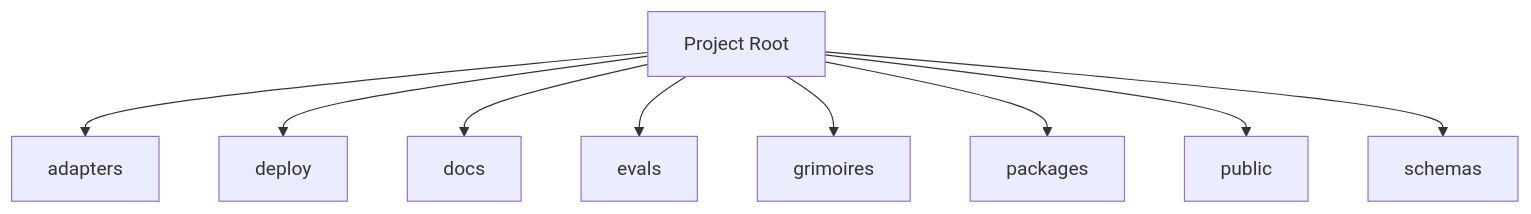
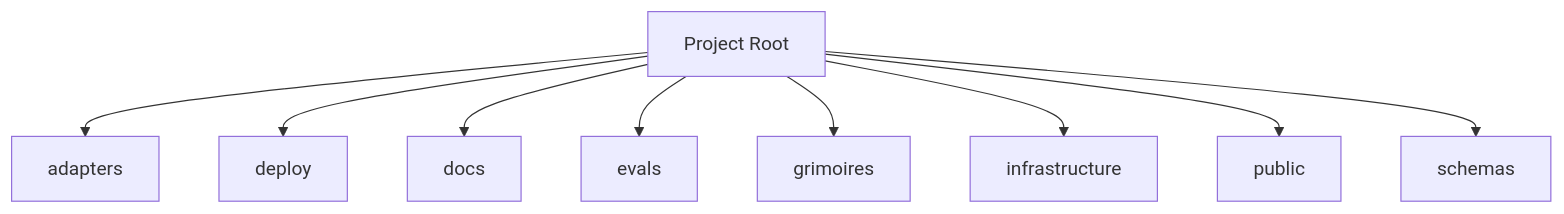
One commit to 0xHoneyJar/loa-finn changed the diagram in BUTTERFREEZONE.md. Above: the diagram before and after it, drawn with Mermaid. The commit also changed other lines of this file and 7 other files, not shown here.

````diff
--- a/BUTTERFREEZONE.md
+++ b/BUTTERFREEZONE.md
@@ -54,20 +54,20 @@
 ```mermaid
 graph TD
     adapters[adapters]
     deploy[deploy]
     docs[docs]
     evals[evals]
     grimoires[grimoires]
-    packages[packages]
+    infrastructure[infrastructure]
     public[public]
     schemas[schemas]
     Root[Project Root]
     Root --> adapters
     Root --> deploy
     Root --> docs
     Root --> evals
     Root --> grimoires
-    Root --> packages
+    Root --> infrastructure
     Root --> public
     Root --> schemas
 ```
````
